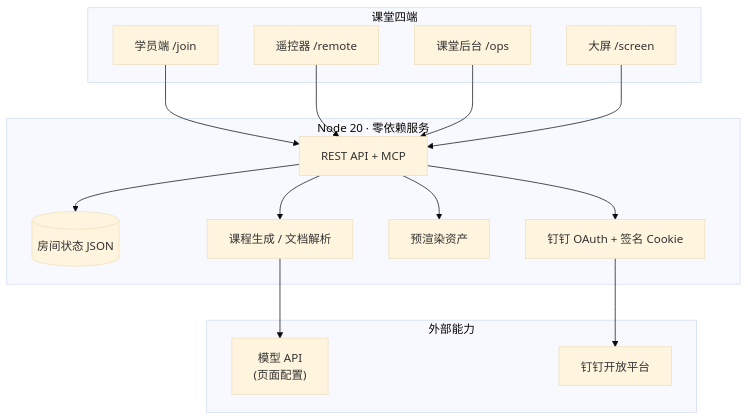
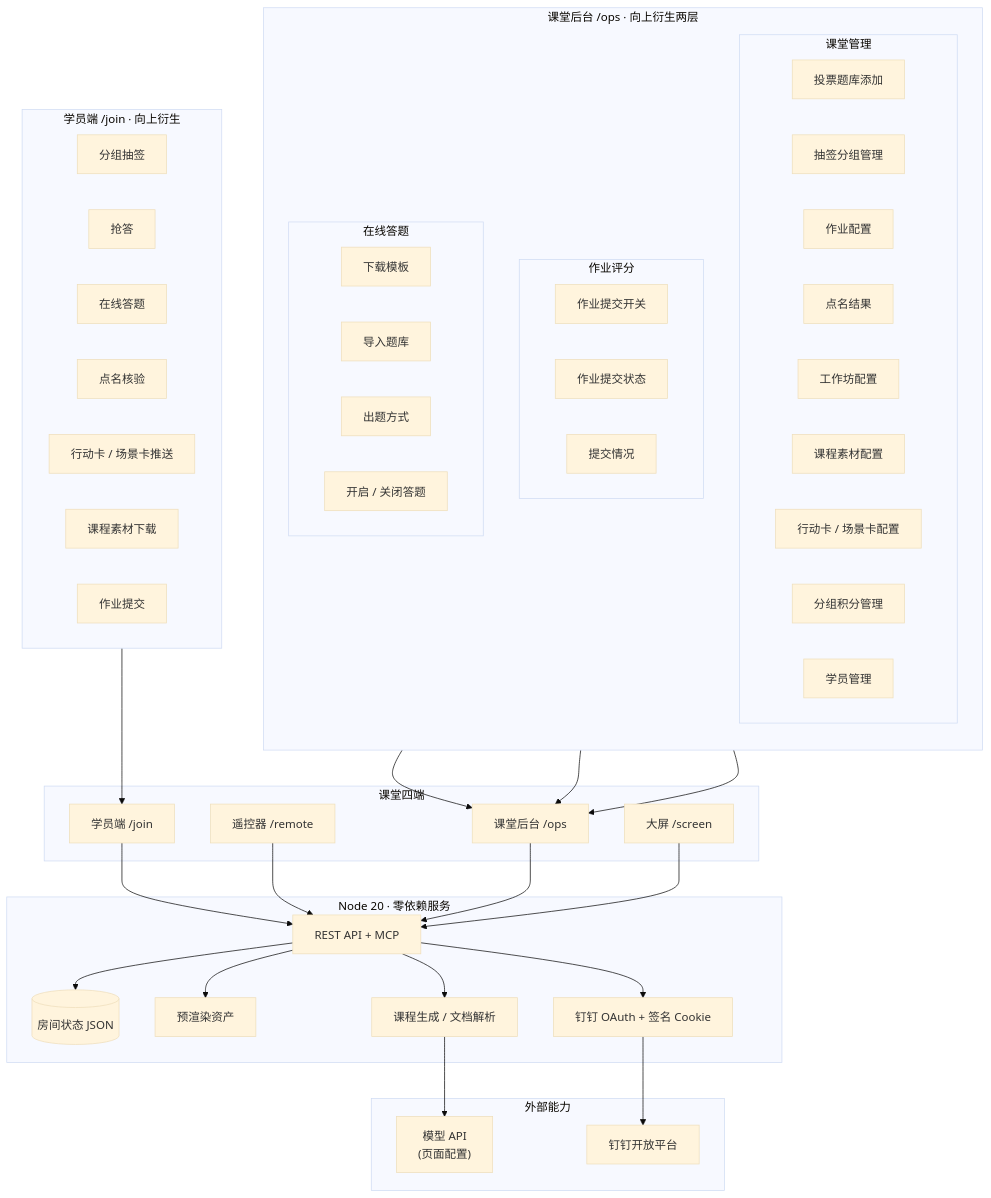
The diagram in README.md (jorinyang/GTSCDT), drawn with Mermaid (base theme) before and after one commit. The commit also changed other lines of this file and 4 other files, not shown here.

````diff
--- a/README.md
+++ b/README.md
@@ -104,31 +106,78 @@
 ```mermaid
 flowchart TB
+  subgraph StudentCap["学员端 /join · 向上衍生"]
+    direction LR
+    S1["分组抽签"]
+    S2["抢答"]
+    S3["在线答题"]
+    S4["点名核验"]
+    S5["行动卡 / 场景卡推送"]
+    S6["课程素材下载"]
+    S7["作业提交"]
+  end
+
+  subgraph AdminCap["课堂后台 /ops · 向上衍生两层"]
+    direction TB
+    subgraph Manage["课堂管理"]
+      direction LR
+      M1["投票题库添加"]
+      M2["抽签分组管理"]
+      M3["作业配置"]
+      M4["点名结果"]
+      M5["工作坊配置"]
+      M6["课程素材配置"]
+      M7["行动卡 / 场景卡配置"]
+      M8["分组积分管理"]
+      M9["学员管理"]
+    end
+    subgraph Grade["作业评分"]
+      direction LR
+      H1["作业提交开关"]
+      H2["作业提交状态"]
+      H3["提交情况"]
+    end
+    subgraph QuizCfg["在线答题"]
+      direction LR
+      Q1["下载模板"]
+      Q2["导入题库"]
+      Q3["出题方式"]
+      Q4["开启 / 关闭答题"]
+    end
+  end
+
   subgraph Client["课堂四端"]
     S["学员端 /join"]
     R["遥控器 /remote"]
     O["课堂后台 /ops"]
     P["大屏 /screen"]
   end
 
   subgraph Core["Node 20 · 零依赖服务"]
     API["REST API + MCP"]
     STORE[("房间状态 JSON")]
+    ASSET["预渲染资产"]
     GEN["课程生成 / 文档解析"]
-    ASSET["预渲染资产"]
     AUTH["钉钉 OAuth + 签名 Cookie"]
   end
 
   subgraph External["外部能力"]
     LLM["模型 API
 (页面配置)"]
     DING["钉钉开放平台"]
   end
 
-  S & R & O & P --> API
+  StudentCap --> S
+  Manage --> O
+  Grade --> O
+  QuizCfg --> O
+  S --> API
+  R --> API
+  O --> API
+  P --> API
   API --> STORE
   API --> ASSET
   API --> GEN
   API --> AUTH
   GEN --> LLM
   AUTH --> DING
 ```
````
